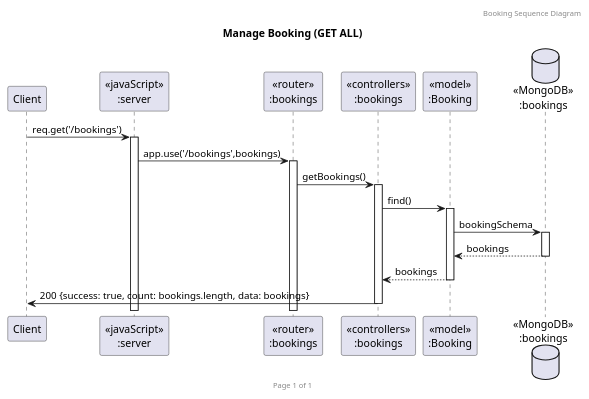
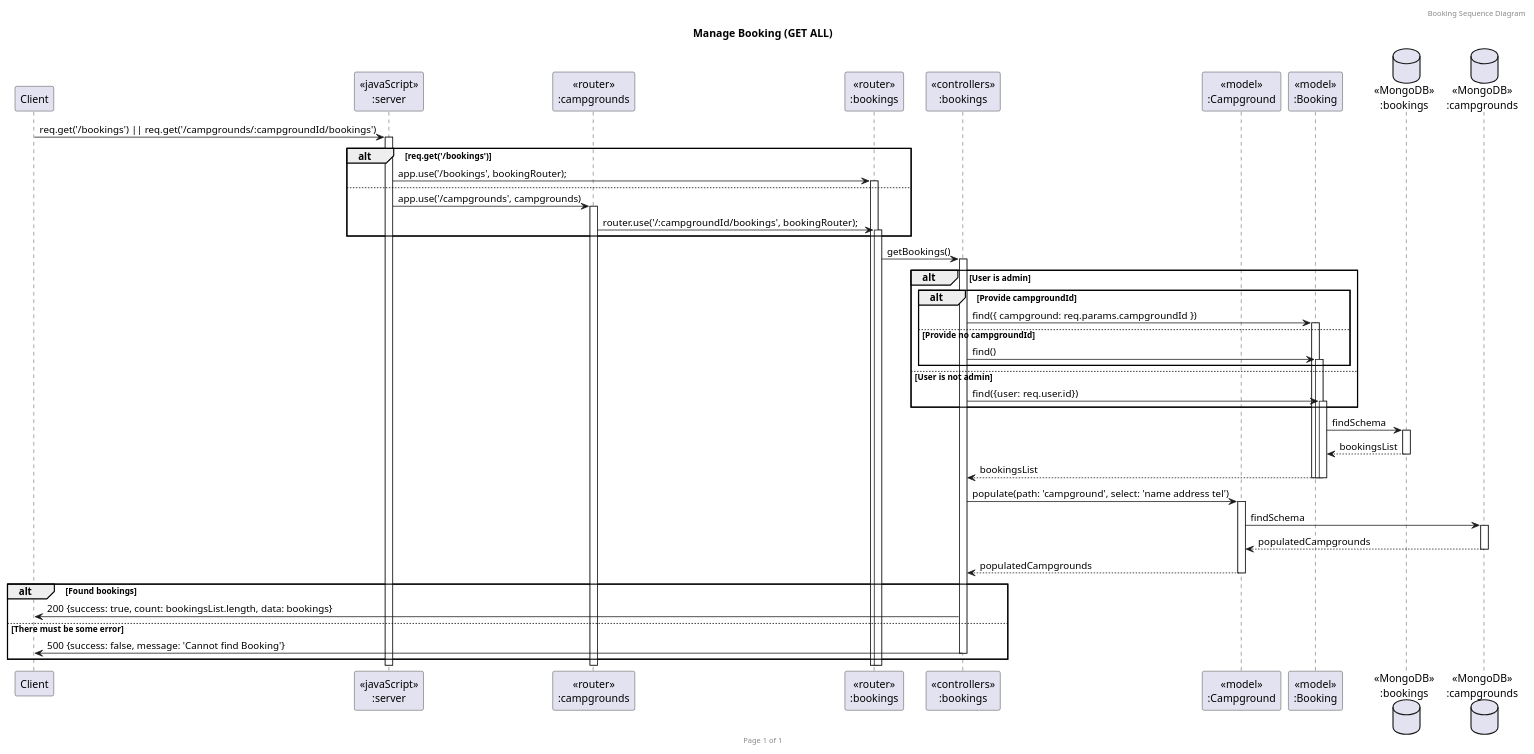
Before and after one commit to 2110503TACEDT66/presentation-day-1-i-am-the-bone-of-my-sources: the diagram in presentation/Sequence_Diagram/Bookings/SequenceDiagram(GET ALL Bookings).puml, drawn with PlantUML. The commit also changed 1 other file, not shown here.

Commit message:
Update booking get all

```diff
--- a/presentation/Sequence_Diagram/Bookings/SequenceDiagram(GET ALL Bookings).puml
+++ b/presentation/Sequence_Diagram/Bookings/SequenceDiagram(GET ALL Bookings).puml
@@ -1,23 +1,53 @@
 @startuml Manage Booking (GET ALL)
 
 header Booking Sequence Diagram
 footer Page %page% of %lastpage%
 title "Manage Booking (GET ALL)"
 
 participant "Client" as client
 participant "<<javaScript>>\n:server" as server
+participant "<<router>>\n:campgrounds" as routerCampgrounds
 participant "<<router>>\n:bookings" as routerBookings
 participant "<<controllers>>\n:bookings" as controllersBookings
+participant "<<model>>\n:Campground" as modelCampground
 participant "<<model>>\n:Booking" as modelBooking
 database "<<MongoDB>>\n:bookings" as BookingsDatabase
+database "<<MongoDB>>\n:campgrounds" as CampgroundsDatabase
 
-client->server ++:req.get('/bookings')
-server->routerBookings ++:app.use('/bookings',bookings)
+client->server ++:req.get('/bookings') || req.get('/campgrounds/:campgroundId/bookings')
+alt req.get('/bookings')
+server->routerBookings ++:app.use('/bookings', bookingRouter);
+else 
+server->routerCampgrounds ++:app.use('/campgrounds', campgrounds)
+routerCampgrounds->routerBookings ++:router.use('/:campgroundId/bookings', bookingRouter);
+end
 routerBookings -> controllersBookings ++:getBookings()
-controllersBookings->modelBooking ++:find()
-modelBooking ->BookingsDatabase ++: bookingSchema
-BookingsDatabase --> modelBooking --: bookings
-controllersBookings <-- modelBooking --:bookings
-controllersBookings->client --:200 {success: true, count: bookings.length, data: bookings}
+
+alt User is admin
+    alt Provide campgroundId
+        controllersBookings->modelBooking ++:find({ campground: req.params.campgroundId })
+    else Provide no campgroundId
+        controllersBookings->modelBooking ++:find()
+    end
+else User is not admin
+  controllersBookings->modelBooking ++:find({user: req.user.id})
+end
+
+modelBooking ->BookingsDatabase ++: findSchema
+BookingsDatabase --> modelBooking --: bookingsList
+controllersBookings <-- modelBooking --: bookingsList
+deactivate modelBooking
+deactivate modelBooking
+
+
+controllersBookings->modelCampground ++:populate(path: 'campground', select: 'name address tel')
+modelCampground ->CampgroundsDatabase ++: findSchema
+CampgroundsDatabase --> modelCampground --: populatedCampgrounds
+controllersBookings <-- modelCampground --: populatedCampgrounds
+alt Found bookings
+    controllersBookings->client :200 {success: true, count: bookingsList.length, data: bookings}
+else There must be some error
+    controllersBookings->client --:500 {success: false, message: 'Cannot find Booking'}
+end
 
 @enduml
```
